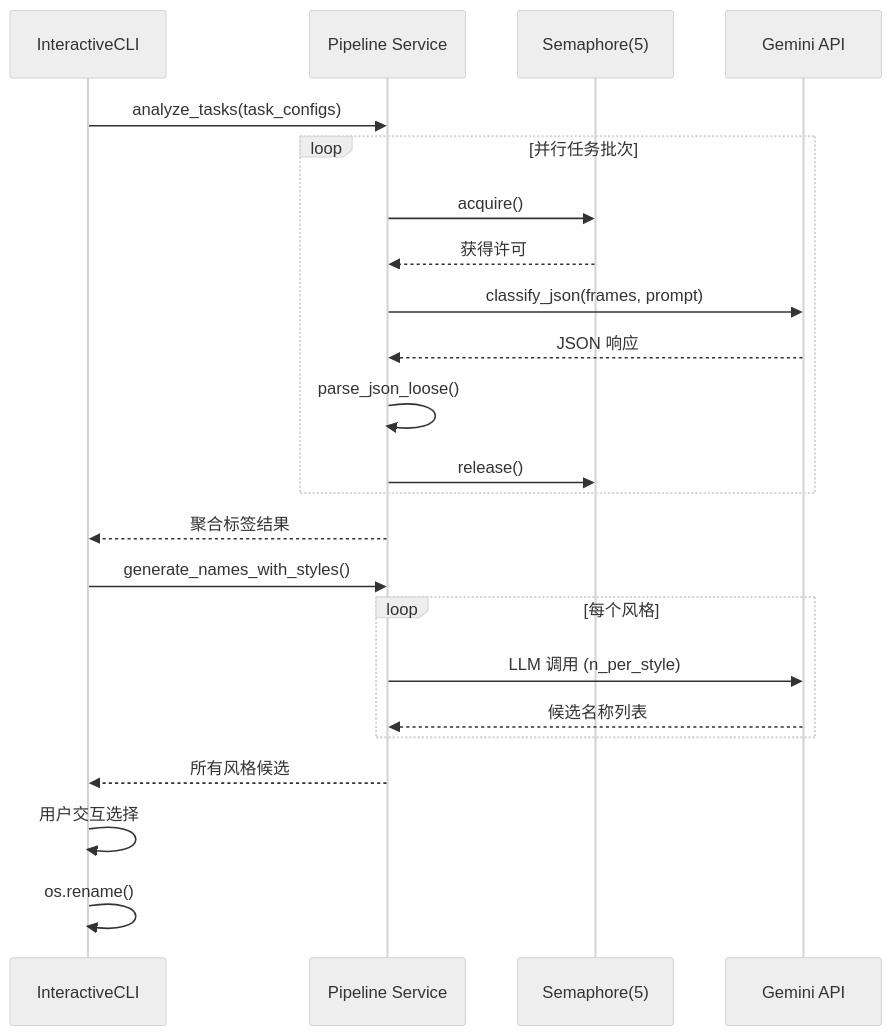
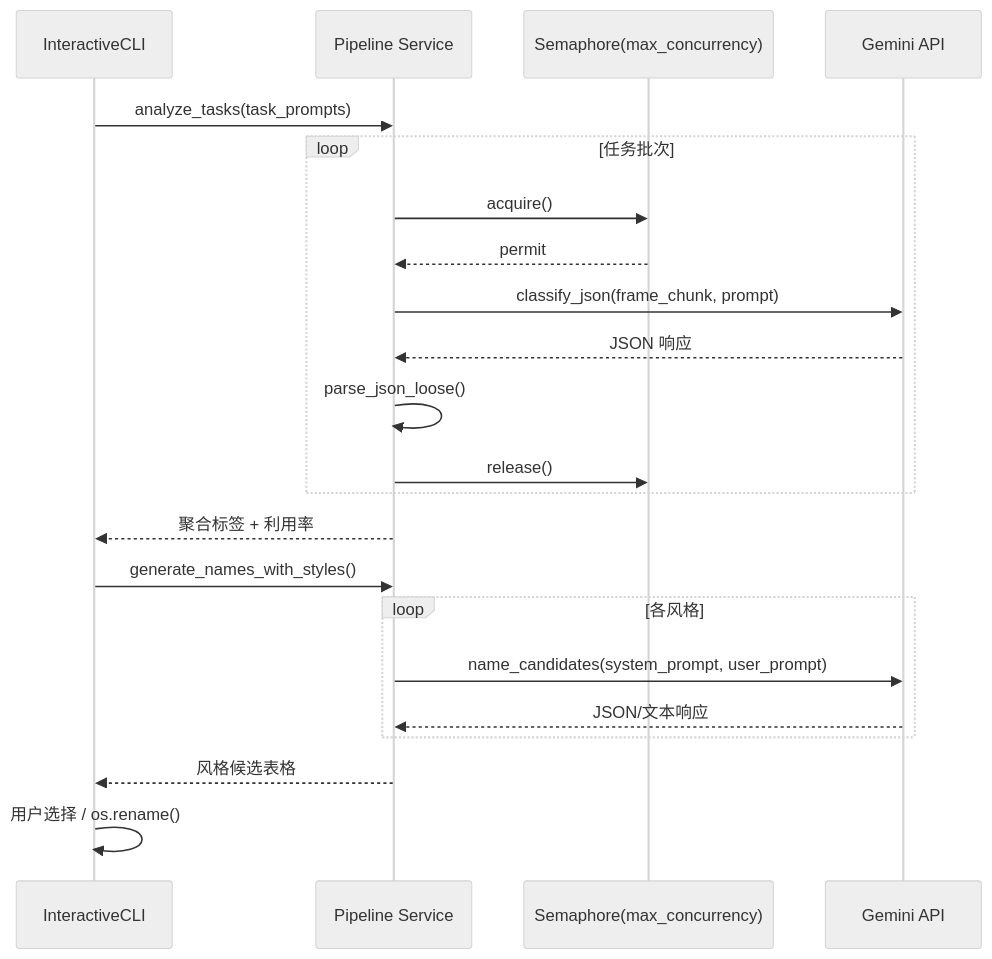
The third of 3 diagrams in README.md (zhu-jl18/gemini-porn-renamer), drawn with Mermaid (neutral theme) before and after one commit. The commit also changed other lines of this file and 12 other files, not shown here.

````diff
--- a/README.md
+++ b/README.md
@@ -118,31 +122,30 @@
 ```mermaid
 sequenceDiagram
     participant CLI as InteractiveCLI
     participant Pipeline as Pipeline Service
-    participant Sem as Semaphore(5)
+    participant Sem as Semaphore(max_concurrency)
     participant Gemini as Gemini API
 
-    CLI->>Pipeline: analyze_tasks(task_configs)
+    CLI->>Pipeline: analyze_tasks(task_prompts)
 
-    loop 并行任务批次
+    loop 任务批次
         Pipeline->>Sem: acquire()
-        Sem-->>Pipeline: 获得许可
-        Pipeline->>Gemini: classify_json(frames, prompt)
+        Sem-->>Pipeline: permit
+        Pipeline->>Gemini: classify_json(frame_chunk, prompt)
         Gemini-->>Pipeline: JSON 响应
         Pipeline->>Pipeline: parse_json_loose()
         Pipeline->>Sem: release()
     end
 
-    Pipeline-->>CLI: 聚合标签结果
+    Pipeline-->>CLI: 聚合标签 + 利用率
 
     CLI->>Pipeline: generate_names_with_styles()
 
-    loop 每个风格
-        Pipeline->>Gemini: LLM 调用 (n_per_style)
-        Gemini-->>Pipeline: 候选名称列表
+    loop 各风格
+        Pipeline->>Gemini: name_candidates(system_prompt, user_prompt)
+        Gemini-->>Pipeline: JSON/文本响应
     end
 
-    Pipeline-->>CLI: 所有风格候选
-    CLI->>CLI: 用户交互选择
-    CLI->>CLI: os.rename()
+    Pipeline-->>CLI: 风格候选表格
+    CLI->>CLI: 用户选择 / os.rename()
 ```
````
